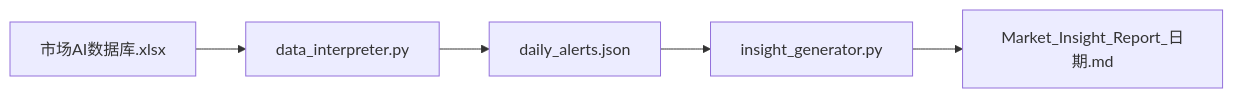
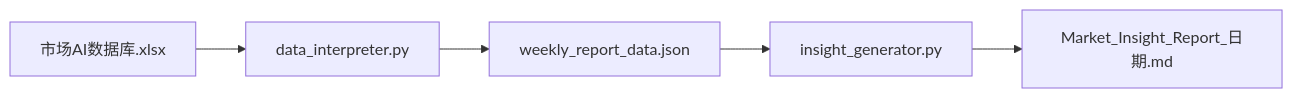
One commit to sia-rgb/Market_AI_Project changed the diagram in README.md. Above: the diagram before and after it, drawn with Mermaid. The commit also changed other lines of this file and 7 other files, not shown here.

````diff
--- a/README.md
+++ b/README.md
@@ -7,7 +7,7 @@
 ```mermaid
 flowchart LR
     Excel[市场AI数据库.xlsx] --> Interpreter[data_interpreter.py]
-    Interpreter --> Alerts[daily_alerts.json]
-    Alerts --> Generator[insight_generator.py]
+    Interpreter --> Weekly[weekly_report_data.json]
+    Weekly --> Generator[insight_generator.py]
     Generator --> Report[Market_Insight_Report_日期.md]
 ```
````
